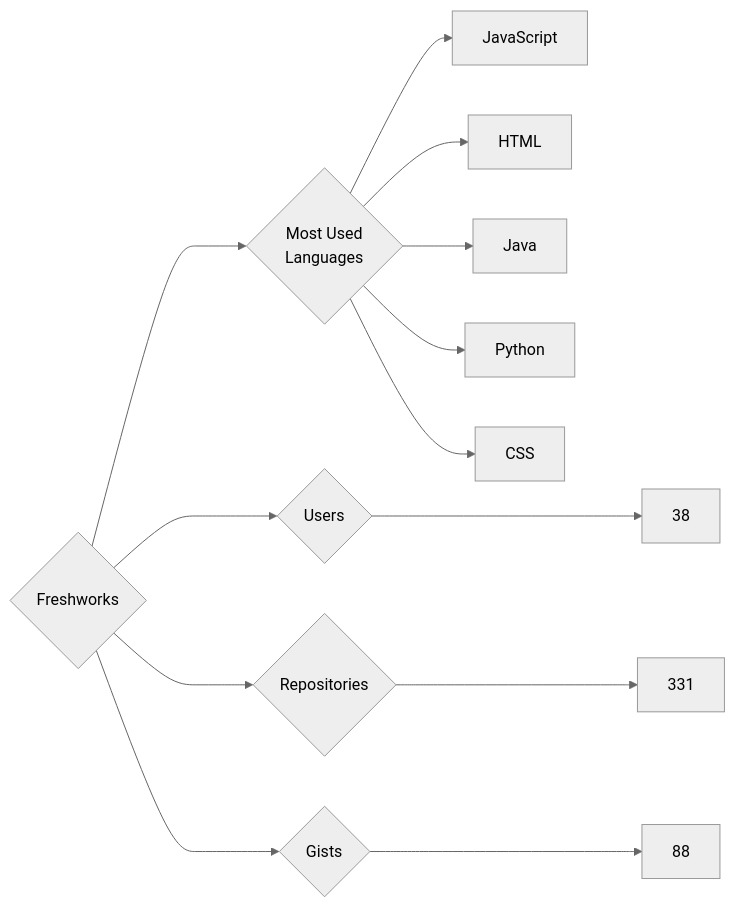
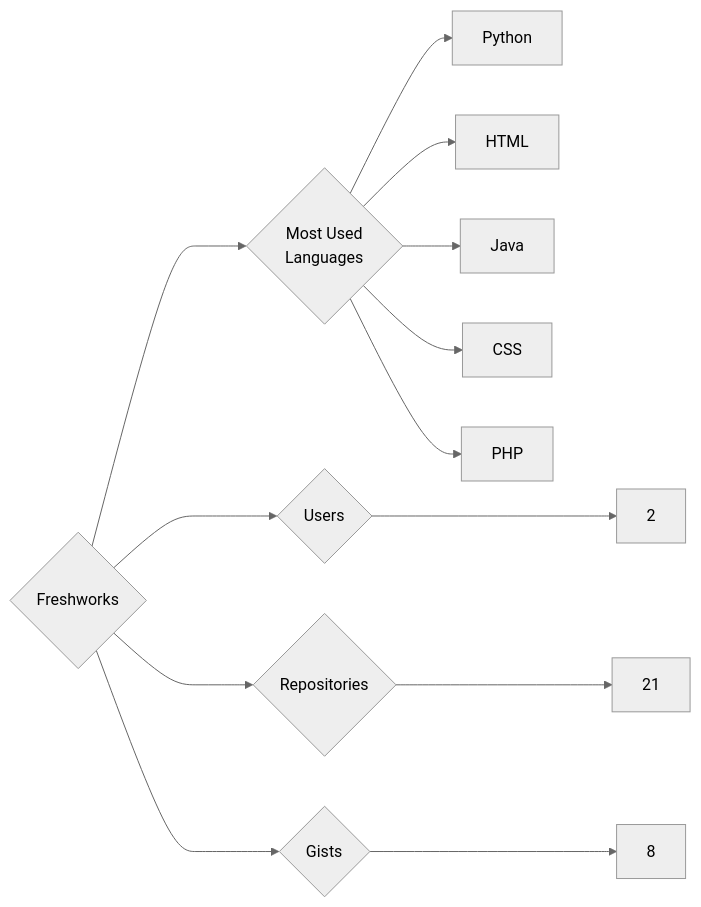
One commit to trickest/insiders changed the diagram in targets/Freshworks/README.md. Above: the diagram before and after it, drawn with Mermaid (neutral theme). The commit also changed 688 other files, not shown here.

````diff
--- a/targets/Freshworks/README.md
+++ b/targets/Freshworks/README.md
@@ -3,13 +3,13 @@
 ```mermaid
 graph LR
 COMPANY_NAME{Freshworks}
-COMPANY_NAME ---> U{Users} ---> UN[38]
-COMPANY_NAME ---> R{Repositories} ---> RN[331]
-COMPANY_NAME ---> G{Gists} ---> GN[88]
+COMPANY_NAME ---> U{Users} ---> UN[2]
+COMPANY_NAME ---> R{Repositories} ---> RN[21]
+COMPANY_NAME ---> G{Gists} ---> GN[8]
 COMPANY_NAME ---> ML{Most Used<br>Languages}
-ML --> JavaScript[JavaScript]
+ML --> Python[Python]
 ML --> HTML[HTML]
 ML --> Java[Java]
-ML --> Python[Python]
 ML --> CSS[CSS]
+ML --> PHP[PHP]
 ```
````
